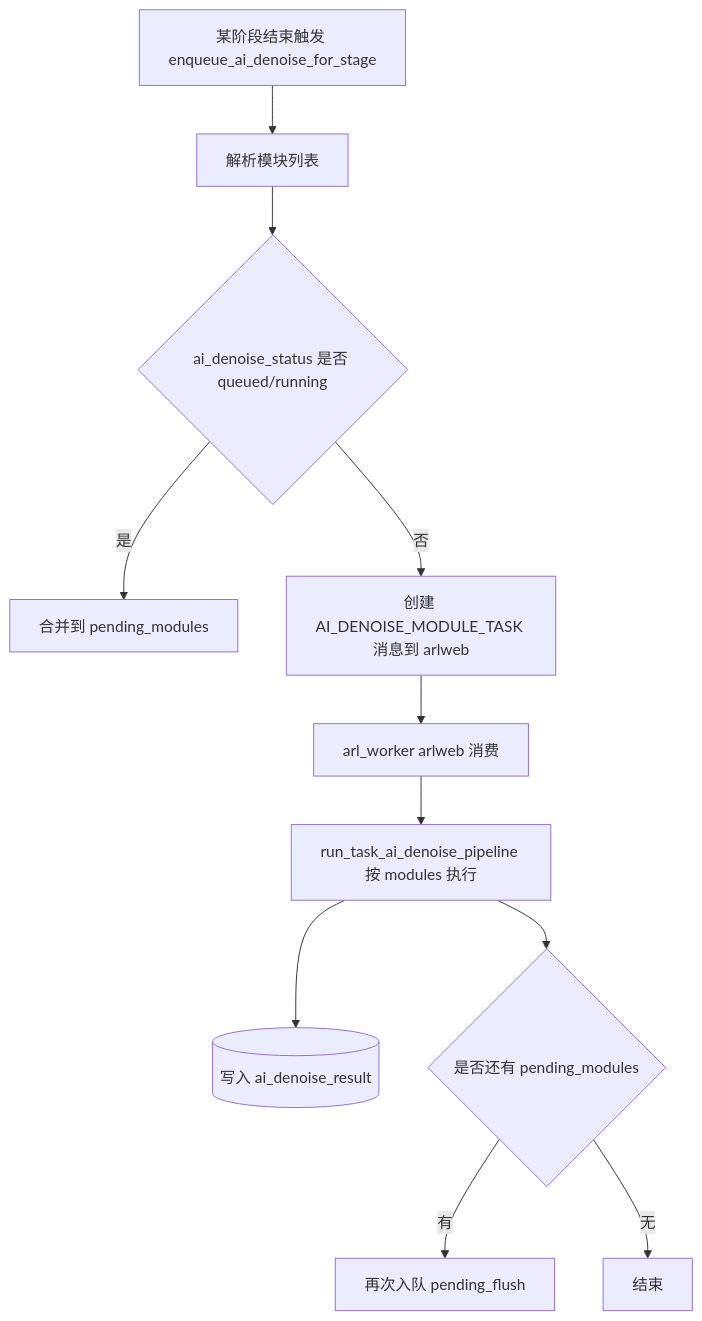
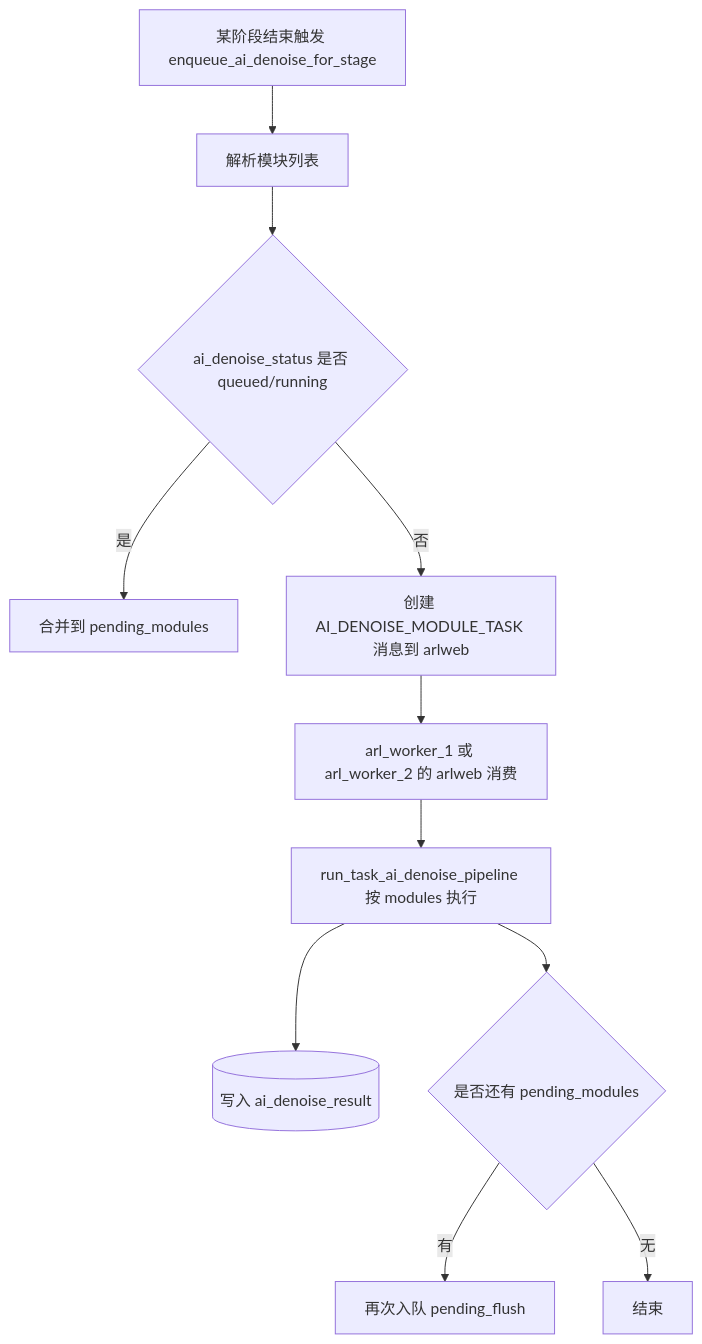
Before and after one commit to wpsec/ARL-Source-Install: the third of 3 diagrams in docs/容器职责与任务流程分析.md, drawn with Mermaid. The commit also changed other lines of this file and 1 other file, not shown here.

````diff
--- a/docs/容器职责与任务流程分析.md
+++ b/docs/容器职责与任务流程分析.md
@@ -143,13 +161,13 @@
 ```mermaid
 flowchart TD
   S[某阶段结束触发 enqueue_ai_denoise_for_stage] --> M1[解析模块列表]
   M1 --> C1{ai_denoise_status 是否 queued/running}
   C1 -- 是 --> P1[合并到 pending_modules]
   C1 -- 否 --> Q1[创建 AI_DENOISE_MODULE_TASK 消息到 arlweb]
-  Q1 --> R1[arl_worker arlweb 消费]
+  Q1 --> R1[arl_worker_1 或 arl_worker_2 的 arlweb 消费]
   R1 --> R2[run_task_ai_denoise_pipeline 按 modules 执行]
   R2 --> DB[(写入 ai_denoise_result)]
   R2 --> C2{是否还有 pending_modules}
   C2 -- 有 --> Q2[再次入队 pending_flush]
   C2 -- 无 --> E[结束]
 ```
````
